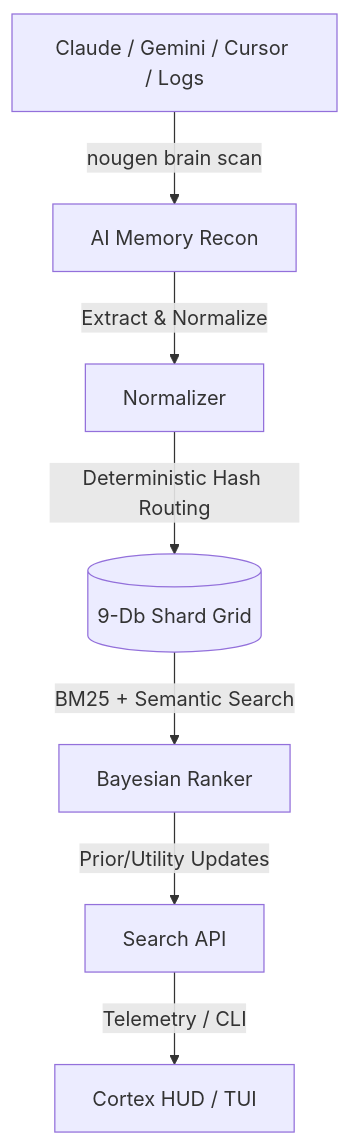
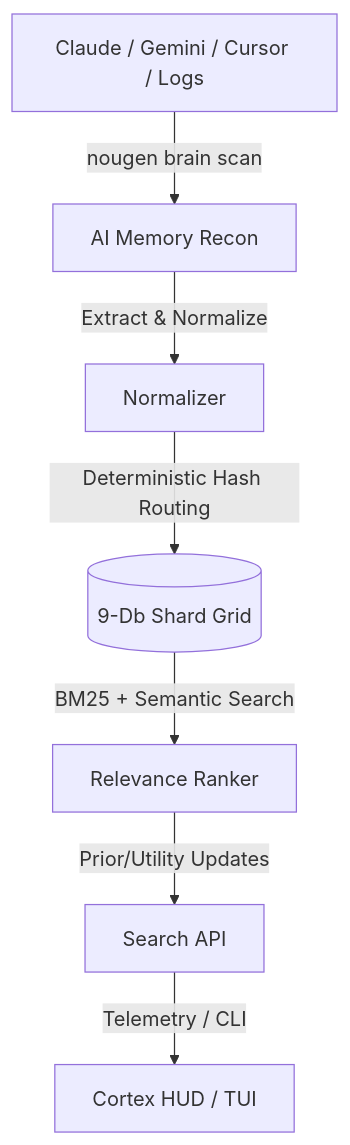
The diagram in README.md (Who-Visions/NouGenShards), drawn with Mermaid before and after one commit. The commit also changed other lines of this file and 36 other files, not shown here.

````diff
--- a/README.md
+++ b/README.md
@@ -52,9 +52,9 @@
 ```mermaid
 graph TD
     A[Claude / Gemini / Cursor / Logs] -->|nougen brain scan| B[AI Memory Recon]
     B -->|Extract & Normalize| C[Normalizer]
     C -->|Deterministic Hash Routing| D[(9-Db Shard Grid)]
-    D -->|BM25 + Semantic Search| E[Bayesian Ranker]
+    D -->|BM25 + Semantic Search| E[Relevance Ranker]
     E -->|Prior/Utility Updates| F[Search API]
     F -->|Telemetry / CLI| G[Cortex HUD / TUI]
 ```
````
